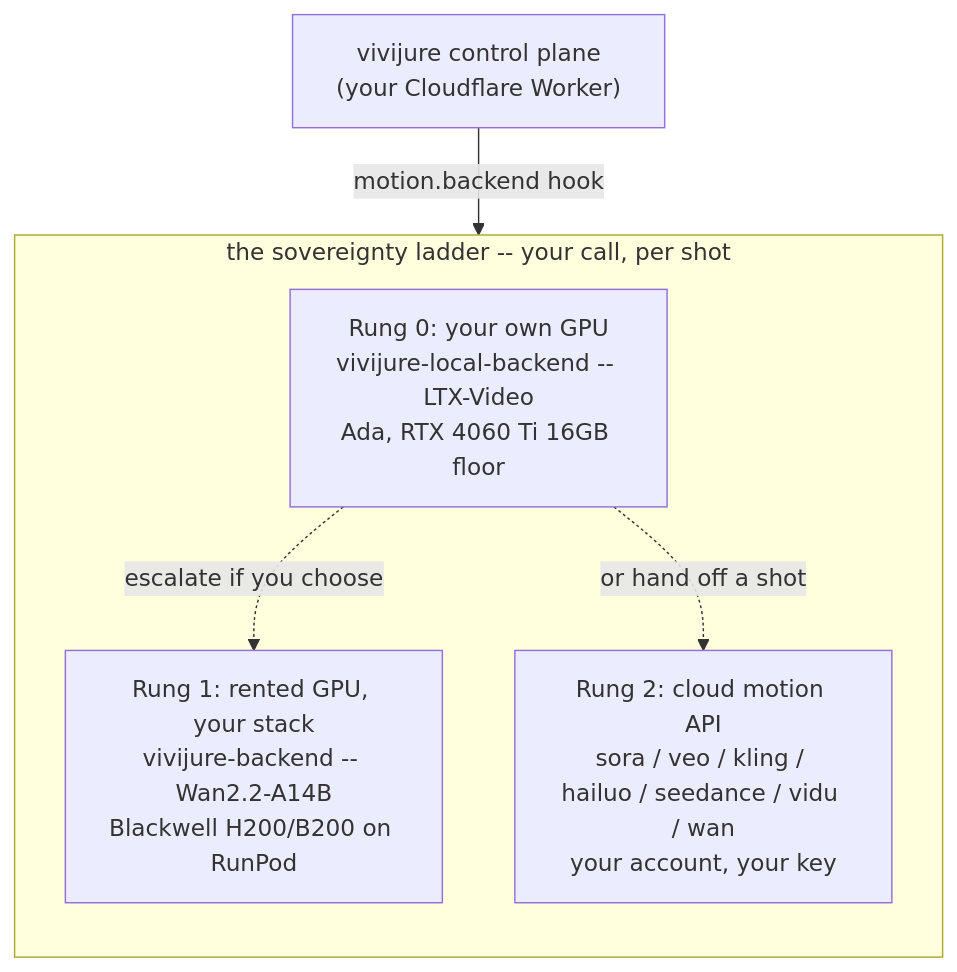
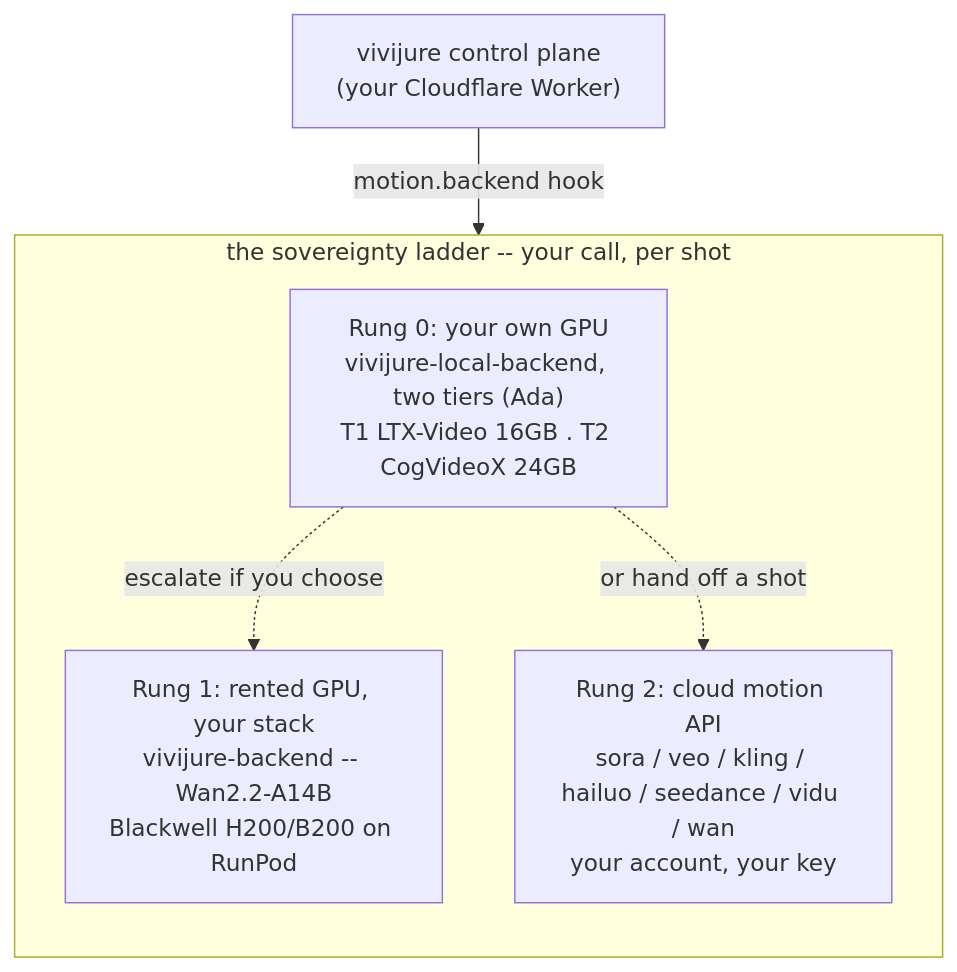
The diagram in docs/render-backends.md (skyphusion-labs/vivijure-backend), drawn with Mermaid before and after one commit. The commit also changed other lines of this file and 1 other file, not shown here.

First line of the commit message:
docs(render-backends): Rung 0 is two local tiers -- LTX (16GB) + CogVideoX (24GB)

````diff
--- a/docs/render-backends.md
+++ b/docs/render-backends.md
@@ -31,13 +33,13 @@
 ```mermaid
 flowchart TD
     CP["vivijure control plane<br/>(your Cloudflare Worker)"]
     CP -->|motion.backend hook| LADDER
     subgraph LADDER["the sovereignty ladder -- your call, per shot"]
         direction TB
-        R0["Rung 0: your own GPU<br/>vivijure-local-backend -- LTX-Video<br/>Ada, RTX 4060 Ti 16GB floor"]
+        R0["Rung 0: your own GPU<br/>vivijure-local-backend, two tiers (Ada)<br/>T1 LTX-Video 16GB . T2 CogVideoX 24GB"]
         R1["Rung 1: rented GPU, your stack<br/>vivijure-backend -- Wan2.2-A14B<br/>Blackwell H200/B200 on RunPod"]
         R2["Rung 2: cloud motion API<br/>sora / veo / kling / hailuo / seedance / vidu / wan<br/>your account, your key"]
         R0 -.->|escalate if you choose| R1
         R0 -.->|or hand off a shot| R2
     end
 ```
````
